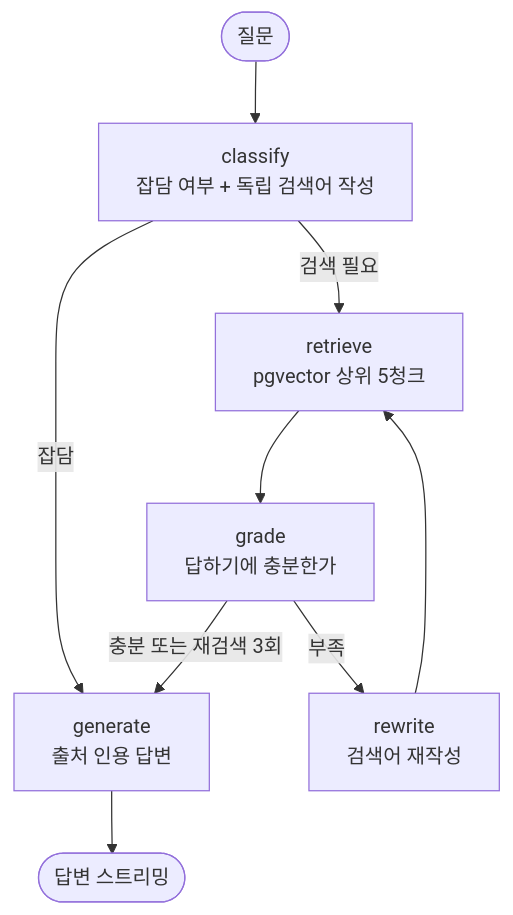
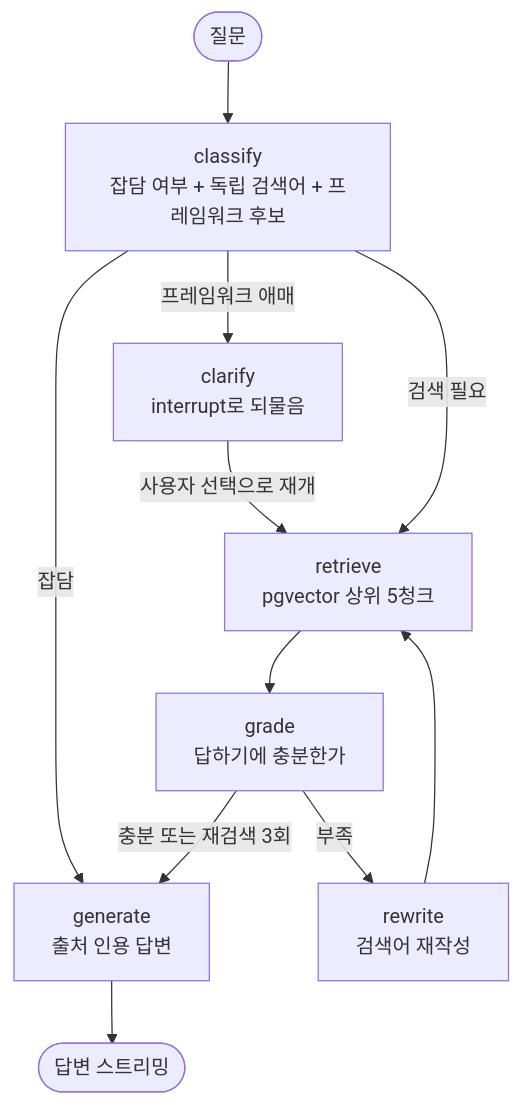
Before and after one commit to Padack2/pgvector-docs-chat: the second of 2 diagrams in README.md, drawn with Mermaid. The commit also changed other lines of this file and 13 other files, not shown here.

````diff
--- a/README.md
+++ b/README.md
@@ -35,11 +36,13 @@
 ```mermaid
 flowchart TD
-  START([질문]) --> classify[classify<br/>잡담 여부 + 독립 검색어 작성]
+  START([질문]) --> classify[classify<br/>잡담 여부 + 독립 검색어 + 프레임워크 후보]
   classify -->|잡담| generate
+  classify -->|프레임워크 애매| clarify[clarify<br/>interrupt로 되물음]
+  clarify -->|사용자 선택으로 재개| retrieve
   classify -->|검색 필요| retrieve[retrieve<br/>pgvector 상위 5청크]
   retrieve --> grade[grade<br/>답하기에 충분한가]
   grade -->|충분 또는 재검색 3회| generate[generate<br/>출처 인용 답변]
   grade -->|부족| rewrite[rewrite<br/>검색어 재작성]
   rewrite --> retrieve
   generate --> END([답변 스트리밍])
 ```
````
